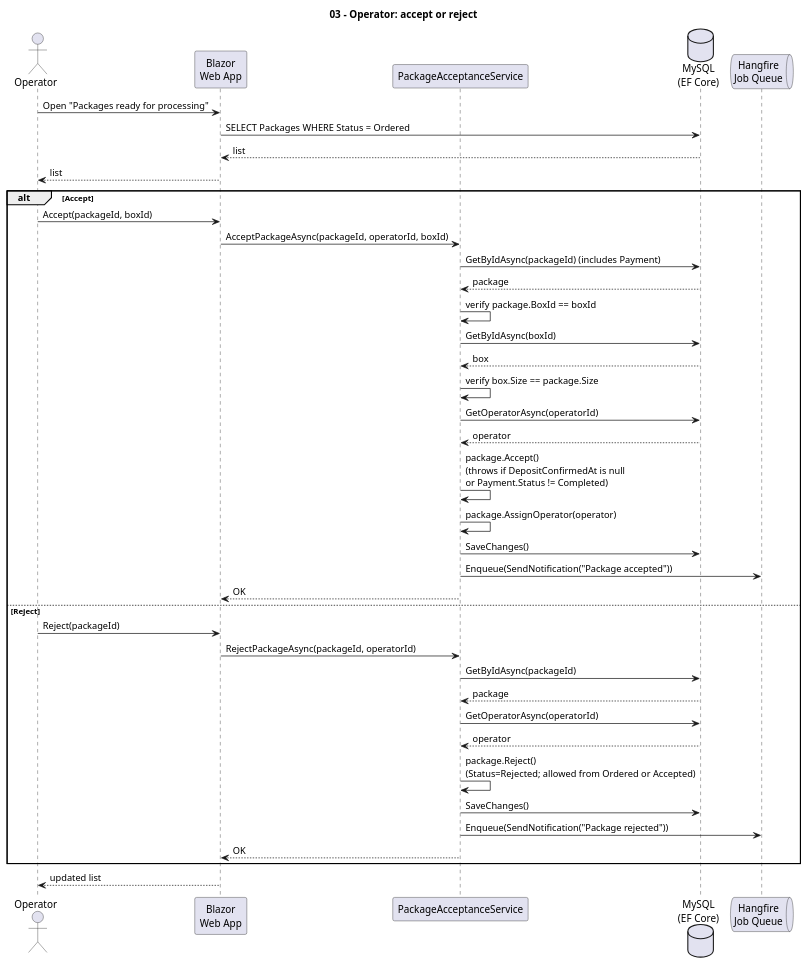
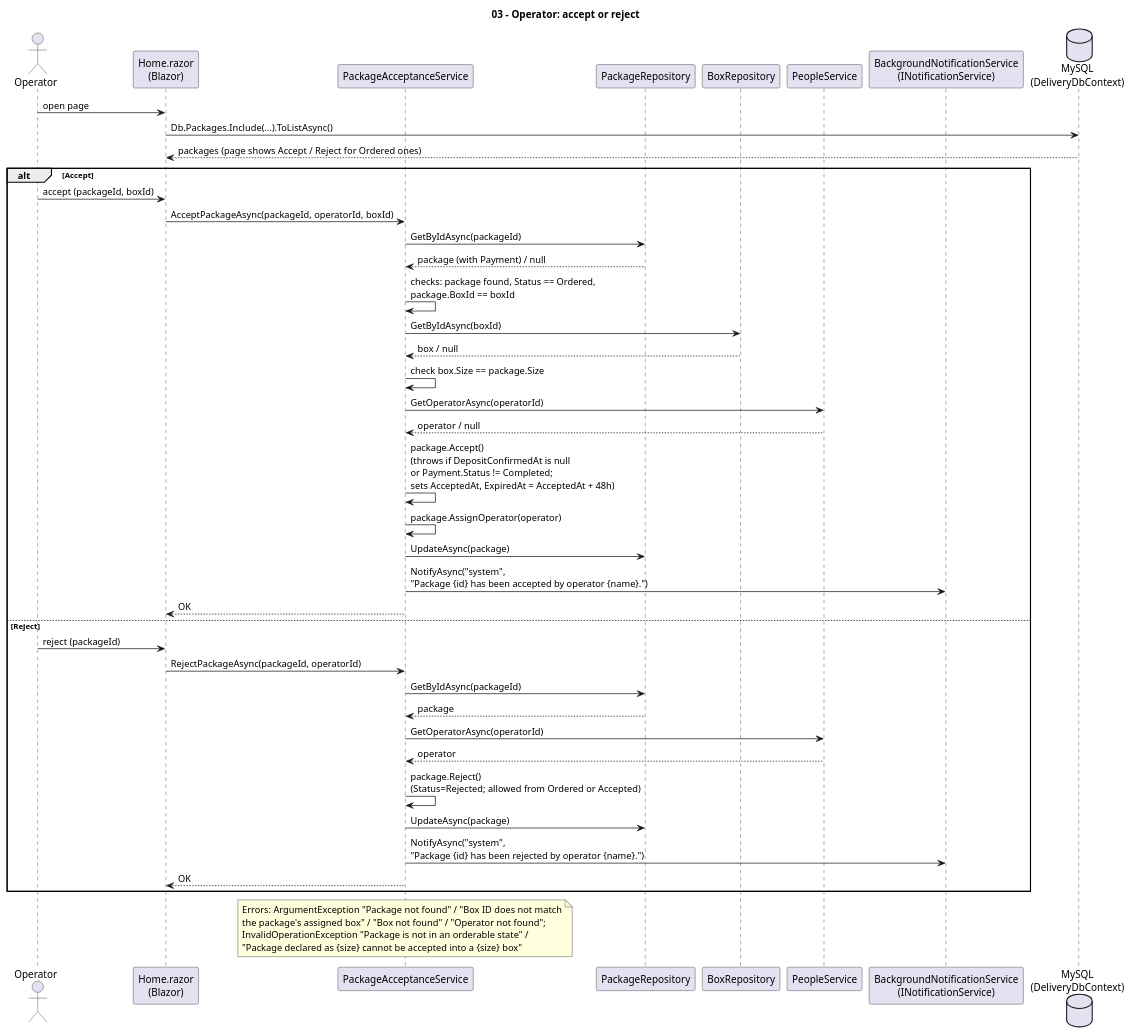
Before and after one commit to AGH-ISI-projects/package-management: the third of 6 diagrams in krzycha/docs/nowe/sekwencje/sequence-diagrams.puml, drawn with PlantUML. The commit also changed other lines of this file and 20 other files, not shown here.

First line of the commit message:
Diagramy w docs/nowe: tylko klasy i metody istniejące w kodzie

```diff
--- a/krzycha/docs/nowe/sekwencje/sequence-diagrams.puml
+++ b/krzycha/docs/nowe/sekwencje/sequence-diagrams.puml
@@ -155,47 +189,54 @@
 @startuml 03-operator-accept-reject
 title 03 - Operator: accept or reject
 
 actor Operator
-participant "Blazor\nWeb App" as Web
+participant "Home.razor\n(Blazor)" as Web
 participant "PackageAcceptanceService" as AcceptSvc
-database "MySQL\n(EF Core)" as DB
-queue "Hangfire\nJob Queue" as Hangfire
+participant "PackageRepository" as PkgRepo
+participant "BoxRepository" as BoxRepo
+participant "PeopleService" as People
+participant "BackgroundNotificationService\n(INotificationService)" as Notify
+database "MySQL\n(DeliveryDbContext)" as DB
 
-Operator -> Web: Open "Packages ready for processing"
-Web -> DB: SELECT Packages WHERE Status = Ordered
-DB --> Web: list
-Web --> Operator: list
+Operator -> Web: open page
+Web -> DB: Db.Packages.Include(...).ToListAsync()
+DB --> Web: packages (page shows Accept / Reject for Ordered ones)
 
 alt Accept
-    Operator -> Web: Accept(packageId, boxId)
+    Operator -> Web: accept (packageId, boxId)
     Web -> AcceptSvc: AcceptPackageAsync(packageId, operatorId, boxId)
-    AcceptSvc -> DB: GetByIdAsync(packageId) (includes Payment)
-    DB --> AcceptSvc: package
-    AcceptSvc -> AcceptSvc: verify package.BoxId == boxId
-    AcceptSvc -> DB: GetByIdAsync(boxId)
-    DB --> AcceptSvc: box
-    AcceptSvc -> AcceptSvc: verify box.Size == package.Size
-    AcceptSvc -> DB: GetOperatorAsync(operatorId)
-    DB --> AcceptSvc: operator
+    AcceptSvc -> PkgRepo: GetByIdAsync(packageId)
+    PkgRepo --> AcceptSvc: package (with Payment) / null
+    AcceptSvc -> AcceptSvc: checks: package found, Status == Ordered,\npackage.BoxId == boxId
+    AcceptSvc -> BoxRepo: GetByIdAsync(boxId)
+    BoxRepo --> AcceptSvc: box / null
+    AcceptSvc -> AcceptSvc: check box.Size == package.Size
+    AcceptSvc -> People: GetOperatorAsync(operatorId)
+    People --> AcceptSvc: operator / null
 
-    AcceptSvc -> AcceptSvc: package.Accept()\n(throws if DepositConfirmedAt is null\nor Payment.Status != Completed)
+    AcceptSvc -> AcceptSvc: package.Accept()\n(throws if DepositConfirmedAt is null\nor Payment.Status != Completed;\nsets AcceptedAt, ExpiredAt = AcceptedAt + 48h)
     AcceptSvc -> AcceptSvc: package.AssignOperator(operator)
-    AcceptSvc -> DB: SaveChanges()
-    AcceptSvc -> Hangfire: Enqueue(SendNotification("Package accepted"))
+    AcceptSvc -> PkgRepo: UpdateAsync(package)
+    AcceptSvc -> Notify: NotifyAsync("system",\n"Package {id} has been accepted by operator {name}.")
     AcceptSvc --> Web: OK
 else Reject
-    Operator -> Web: Reject(packageId)
+    Operator -> Web: reject (packageId)
     Web -> AcceptSvc: RejectPackageAsync(packageId, operatorId)
-    AcceptSvc -> DB: GetByIdAsync(packageId)
-    DB --> AcceptSvc: package
-    AcceptSvc -> DB: GetOperatorAsync(operatorId)
-    DB --> AcceptSvc: operator
+    AcceptSvc -> PkgRepo: GetByIdAsync(packageId)
+    PkgRepo --> AcceptSvc: package
+    AcceptSvc -> People: GetOperatorAsync(operatorId)
+    People --> AcceptSvc: operator
     AcceptSvc -> AcceptSvc: package.Reject()\n(Status=Rejected; allowed from Ordered or Accepted)
-    AcceptSvc -> DB: SaveChanges()
-    AcceptSvc -> Hangfire: Enqueue(SendNotification("Package rejected"))
+    AcceptSvc -> PkgRepo: UpdateAsync(package)
+    AcceptSvc -> Notify: NotifyAsync("system",\n"Package {id} has been rejected by operator {name}.")
     AcceptSvc --> Web: OK
 end
 
-Web --> Operator: updated list
+note over AcceptSvc
+  Errors: ArgumentException "Package not found" / "Box ID does not match
+  the package's assigned box" / "Box not found" / "Operator not found";
+  InvalidOperationException "Package is not in an orderable state" /
+  "Package declared as {size} cannot be accepted into a {size} box"
+end note
 
 @enduml
```
